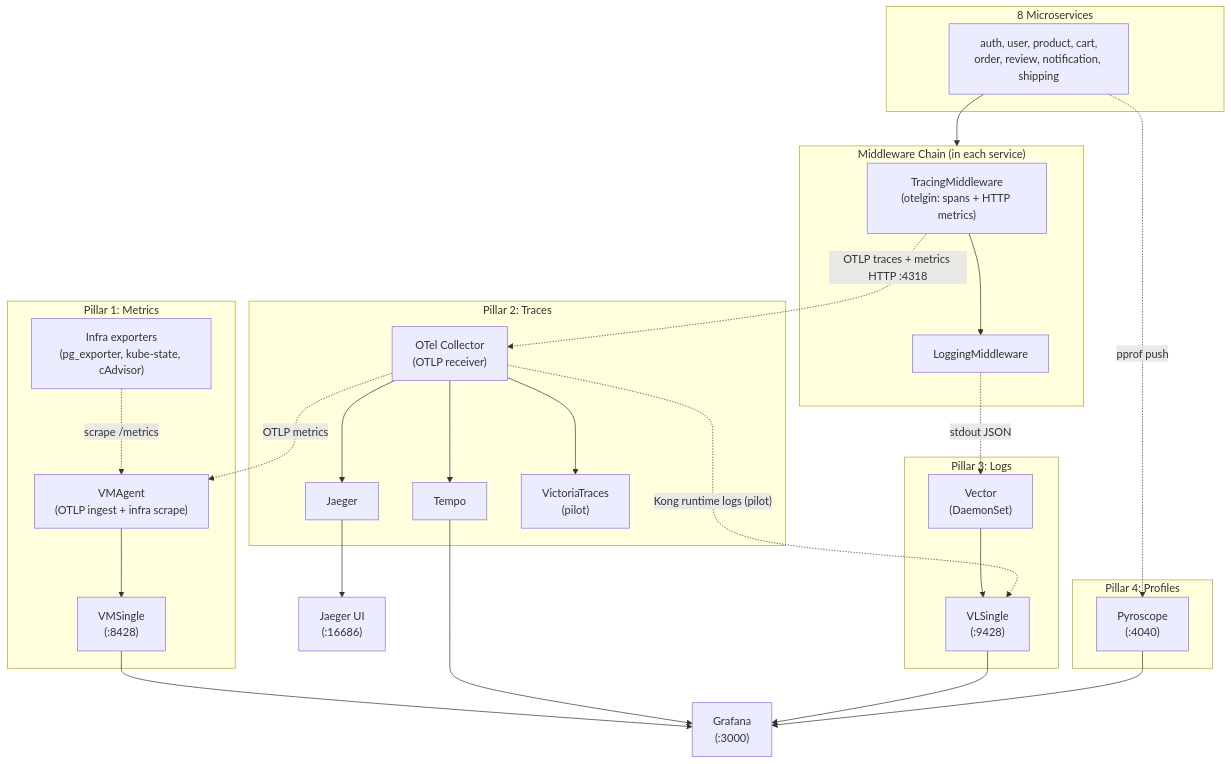
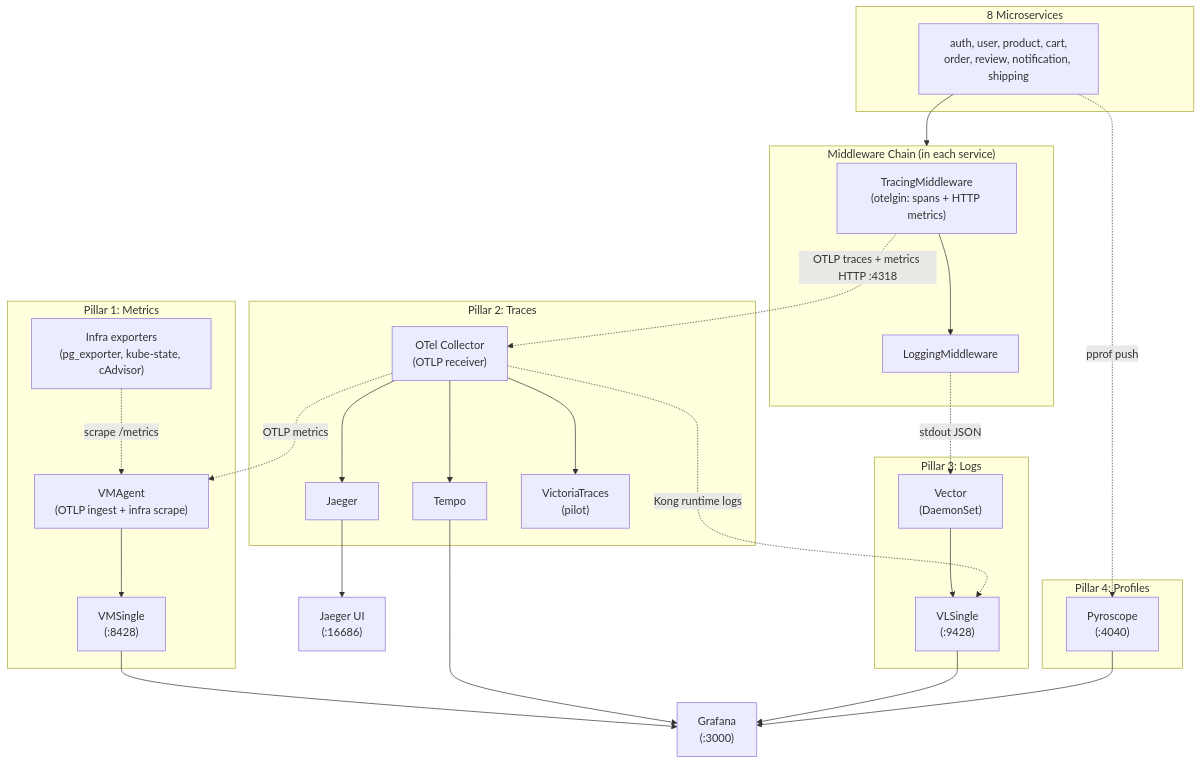
Before and after one commit to duynhlab/homelab: the third of 7 diagrams in docs/observability/runbooks/observability-deep-dive.md, drawn with Mermaid. The commit also changed 8 other files, not shown here.

First line of the commit message:
Restyle RFC-0014 observability diagrams (#482)

````diff
--- a/docs/observability/runbooks/observability-deep-dive.md
+++ b/docs/observability/runbooks/observability-deep-dive.md
@@ -175,42 +175,42 @@
 ```mermaid
 flowchart TD
     subgraph apps ["8 Microservices"]
         S["auth, user, product, cart,\norder, review, notification, shipping"]
     end
 
     subgraph middleware ["Middleware Chain (in each service)"]
         M1["TracingMiddleware\n(otelgin: spans + HTTP metrics)"] --> M2["LoggingMiddleware"]
     end
 
     subgraph metrics ["Pillar 1: Metrics"]
         VMAgent["VMAgent\n(OTLP ingest + infra scrape)"] --> VMSingle["VMSingle\n(:8428)"]
         Infra["Infra exporters\n(pg_exporter, kube-state, cAdvisor)"] -.->|"scrape /metrics"| VMAgent
     end
 
     subgraph traces ["Pillar 2: Traces"]
         OTel["OTel Collector\n(OTLP receiver)"] --> Tempo["Tempo"]
         OTel --> Jaeger["Jaeger"]
         OTel --> VT["VictoriaTraces\n(pilot)"]
     end
 
     subgraph logs ["Pillar 3: Logs"]
         Vector["Vector\n(DaemonSet)"] --> VLSingle["VLSingle\n(:9428)"]
     end
-    OTel -.->|"Kong runtime logs (pilot)"| VLSingle
+    OTel -.->|"Kong runtime logs"| VLSingle
 
     subgraph profiles ["Pillar 4: Profiles"]
         Pyroscope["Pyroscope\n(:4040)"]
     end
 
     S --> middleware
     M1 -.->|"OTLP traces + metrics HTTP :4318"| OTel
     M2 -.->|"stdout JSON"| Vector
     S -.->|"pprof push"| Pyroscope
     OTel -.->|"OTLP metrics"| VMAgent
 
     VMSingle --> Grafana["Grafana\n(:3000)"]
     Tempo --> Grafana
     VLSingle --> Grafana
     Pyroscope --> Grafana
     Jaeger --> JaegerUI["Jaeger UI\n(:16686)"]
 ```
````
